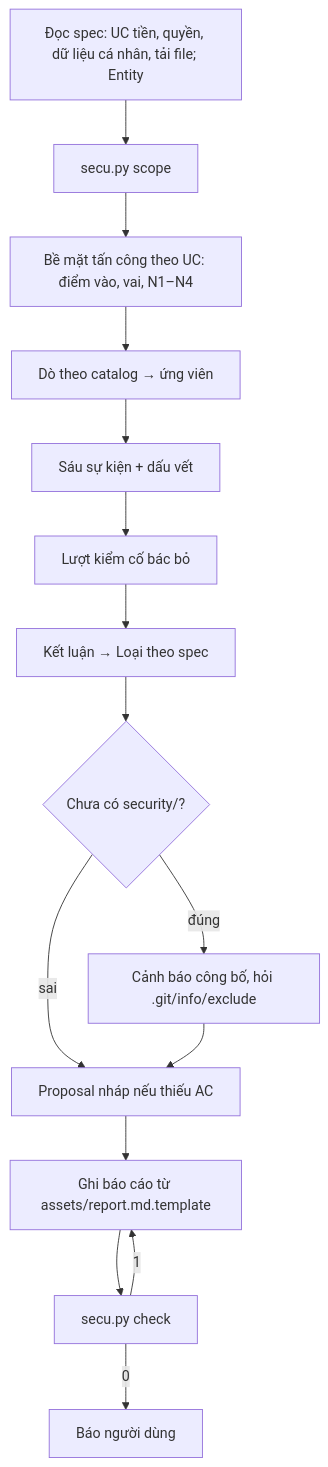
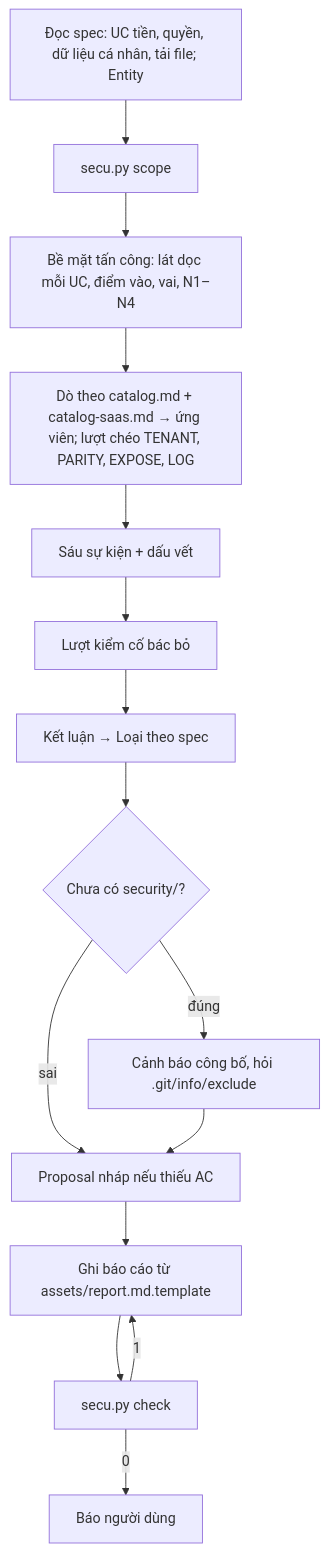
Before and after one commit to mzavn/mk-lab: the diagram in skills/mk-secu/SKILL.md, drawn with Mermaid. The commit also changed other lines of this file and 39 other files, not shown here.

````diff
--- a/skills/mk-secu/SKILL.md
+++ b/skills/mk-secu/SKILL.md
@@ -110,17 +114,17 @@
 ```mermaid
 flowchart TD
   S[Đọc spec: UC tiền, quyền, dữ liệu cá nhân, tải file; Entity] --> P[secu.py scope]
-  P --> A[Bề mặt tấn công theo UC: điểm vào, vai, N1–N4]
-  A --> D[Dò theo catalog → ứng viên]
+  P --> A[Bề mặt tấn công: lát dọc mỗi UC, điểm vào, vai, N1–N4]
+  A --> D[Dò theo catalog.md + catalog-saas.md → ứng viên; lượt chéo TENANT, PARITY, EXPOSE, LOG]
   D --> F[Sáu sự kiện + dấu vết]
   F --> V[Lượt kiểm cố bác bỏ]
   V --> K[Kết luận → Loại theo spec]
   K --> W{Chưa có security/?}
   W -->|đúng| C[Cảnh báo công bố, hỏi .git/info/exclude]
   W -->|sai| PN
   C --> PN[Proposal nháp nếu thiếu AC]
   PN --> R[Ghi báo cáo từ assets/report.md.template]
   R --> CK[secu.py check]
   CK -->|1| R
   CK -->|0| U[Báo người dùng]
 ```
````
